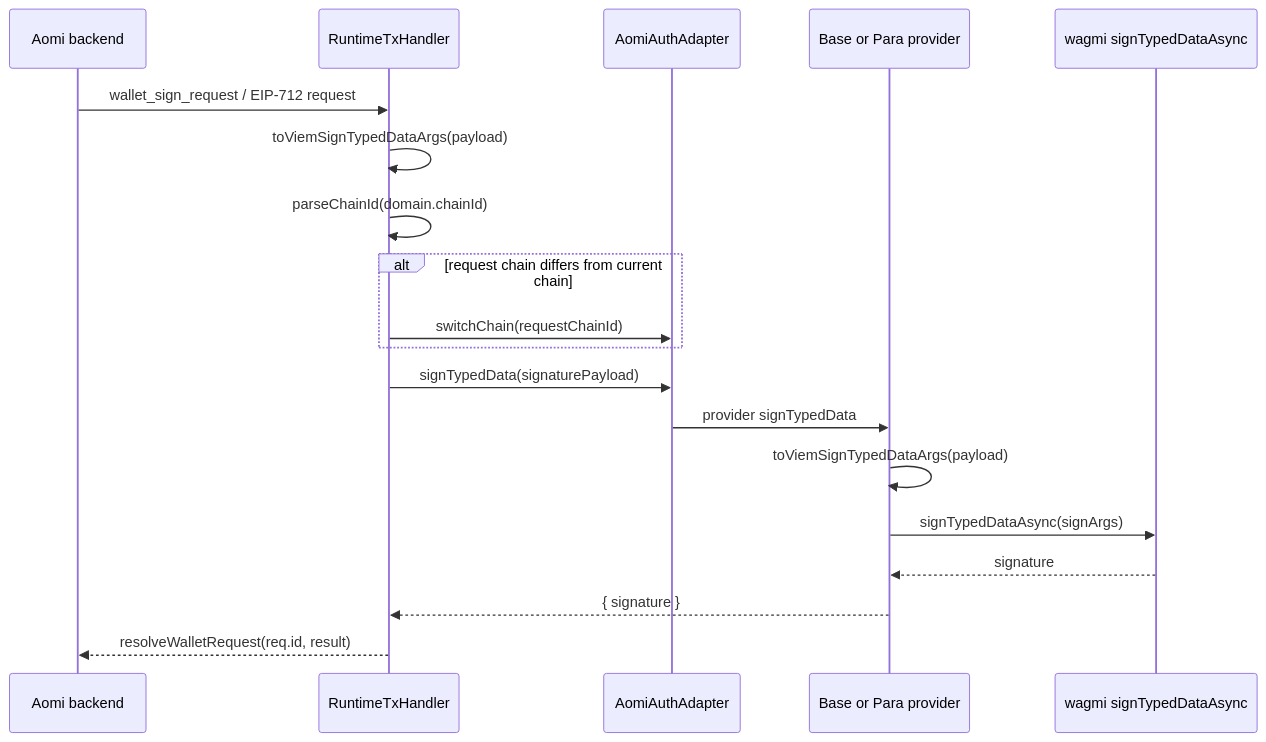
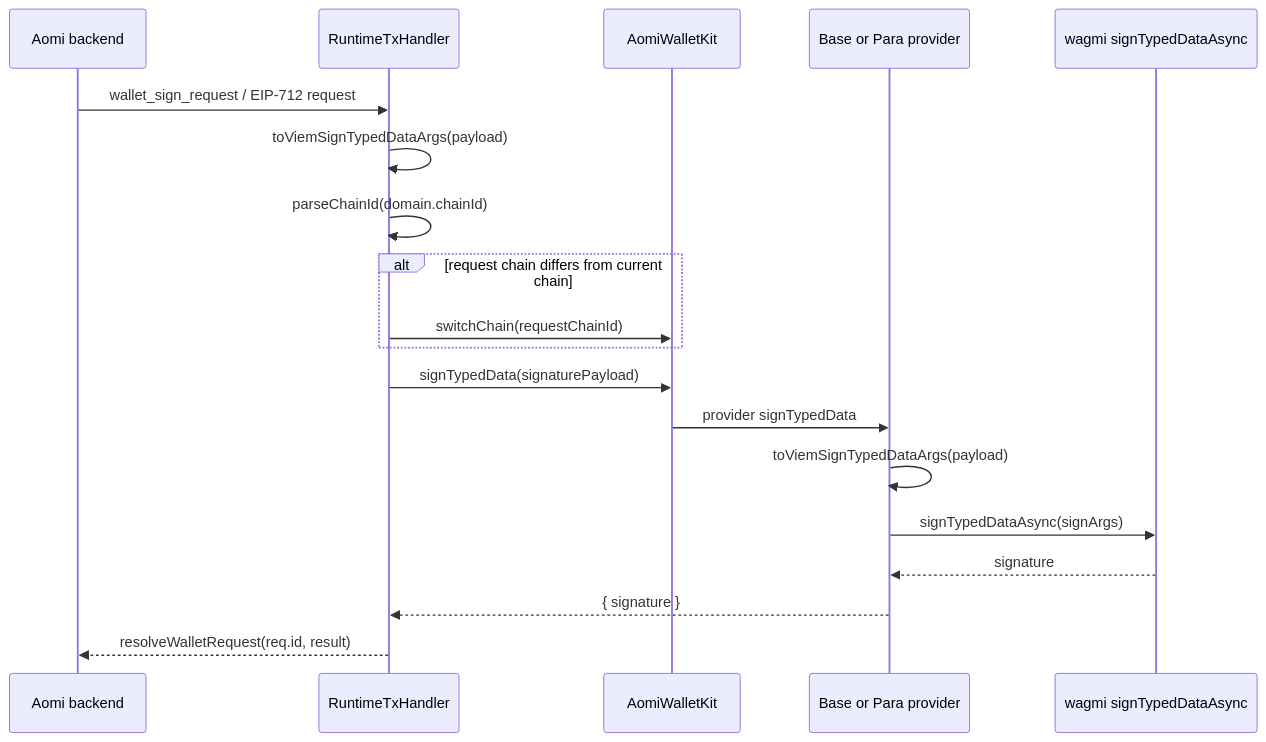
Diagram 17 of 24 in specs/WALLET-ADAPTERS-ARCH.md (aomi-labs/aomi-widget), drawn with Mermaid before and after one commit. The commit also changed other lines of this file and 200 other files, not shown here.

````diff
--- a/specs/WALLET-ADAPTERS-ARCH.md
+++ b/specs/WALLET-ADAPTERS-ARCH.md
@@ -934,22 +934,22 @@
 ```mermaid
 sequenceDiagram
   participant Backend as Aomi backend
   participant Runtime as RuntimeTxHandler
-  participant Adapter as AomiAuthAdapter
+  participant Adapter as AomiWalletKit
   participant Provider as Base or Para provider
   participant Wagmi as wagmi signTypedDataAsync
 
   Backend->>Runtime: wallet_sign_request / EIP-712 request
   Runtime->>Runtime: toViemSignTypedDataArgs(payload)
   Runtime->>Runtime: parseChainId(domain.chainId)
   alt request chain differs from current chain
     Runtime->>Adapter: switchChain(requestChainId)
   end
   Runtime->>Adapter: signTypedData(signaturePayload)
   Adapter->>Provider: provider signTypedData
   Provider->>Provider: toViemSignTypedDataArgs(payload)
   Provider->>Wagmi: signTypedDataAsync(signArgs)
   Wagmi-->>Provider: signature
   Provider-->>Runtime: { signature }
   Runtime-->>Backend: resolveWalletRequest(req.id, result)
 ```
````
